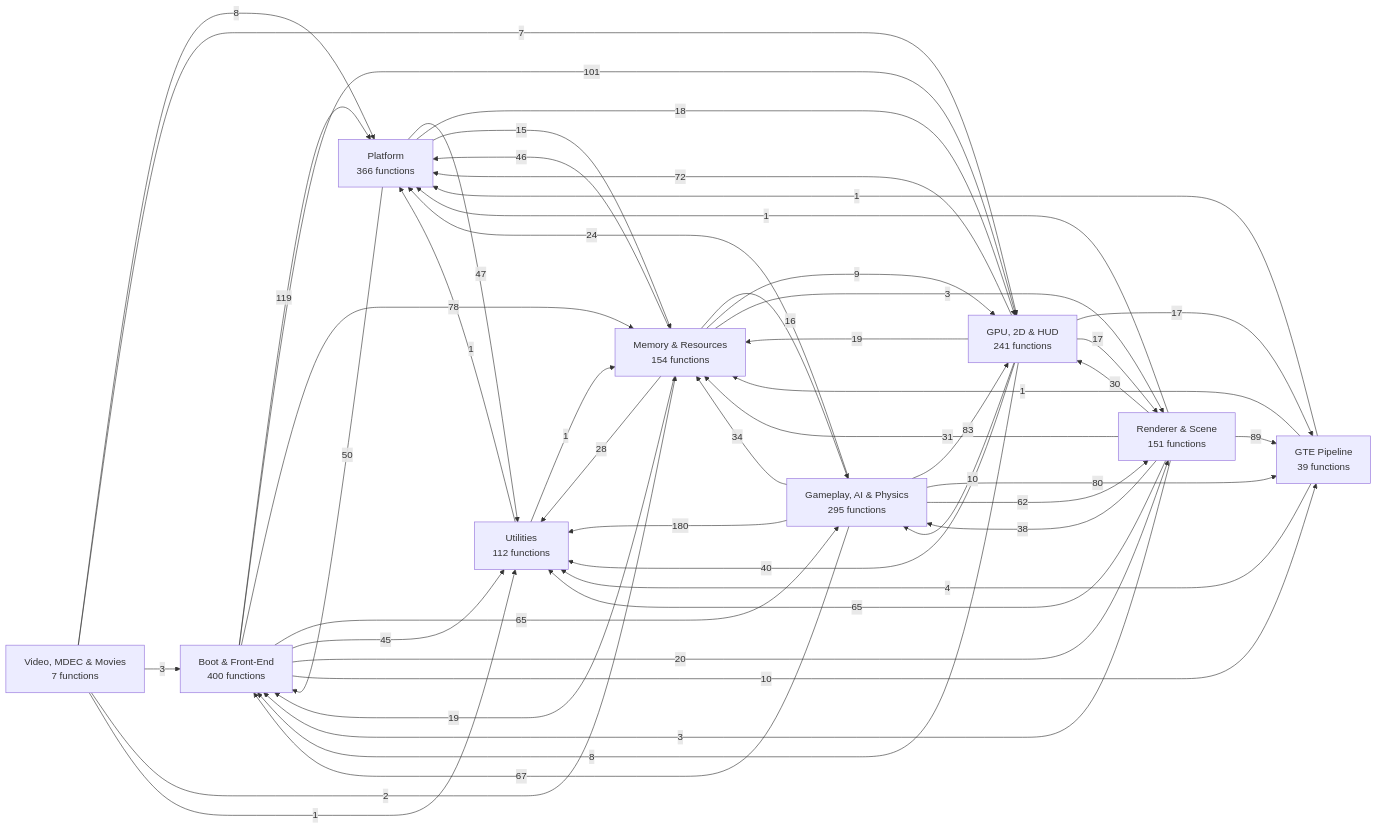
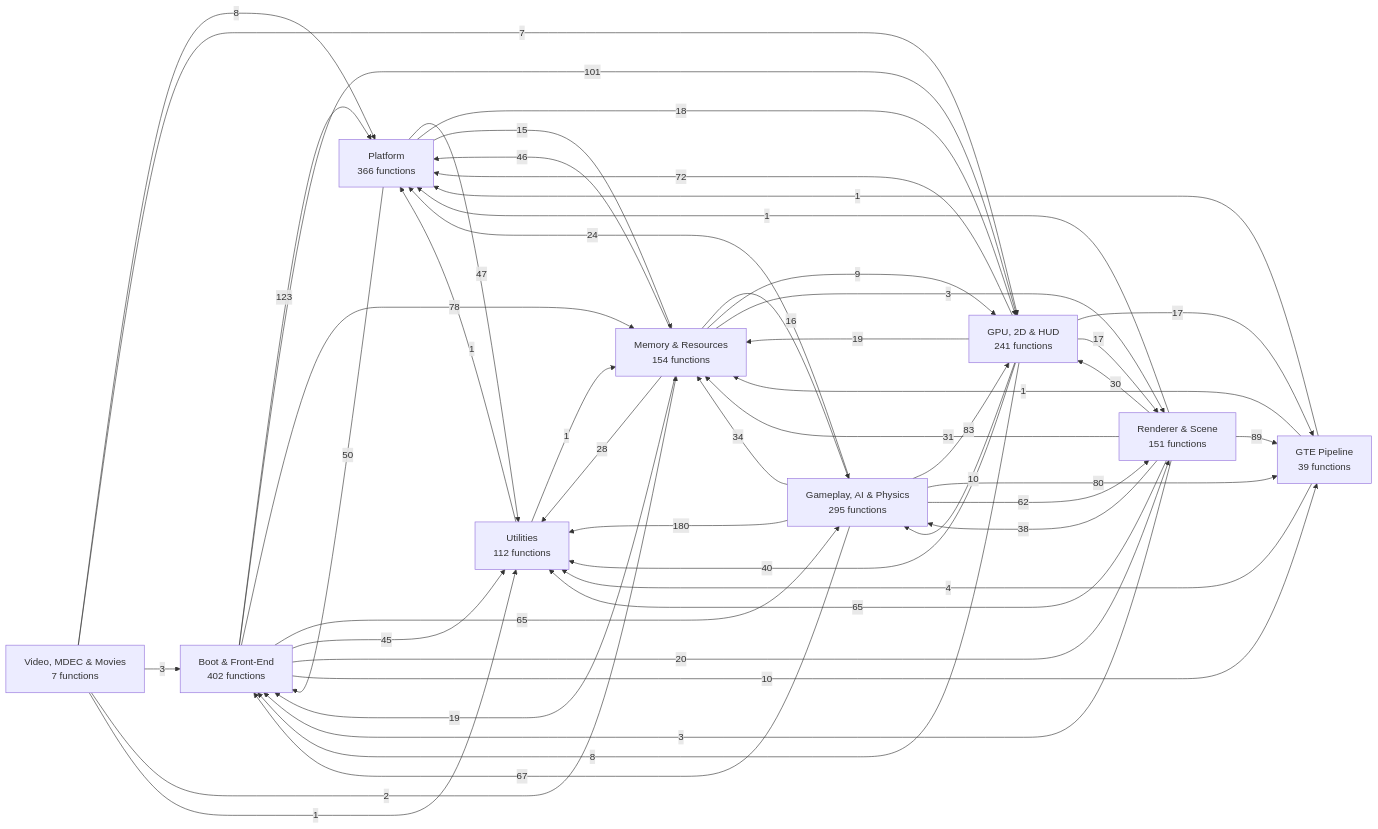
Before and after one commit to kai-luni/Future-Cop-L.A.P.D-PS1: the first of 11 diagrams in docs/FUNCTION_MAP.md, drawn with Mermaid. The commit also changed other lines of this file and 70 other files, not shown here.

````diff
--- a/docs/FUNCTION_MAP.md
+++ b/docs/FUNCTION_MAP.md
@@ -13,60 +13,60 @@
 ```mermaid
 graph LR
-    g0["Boot & Front-End<br/>400 functions"]
+    g0["Boot & Front-End<br/>402 functions"]
     g1["Memory & Resources<br/>154 functions"]
     g2["Video, MDEC & Movies<br/>7 functions"]
     g3["GTE Pipeline<br/>39 functions"]
     g4["Renderer & Scene<br/>151 functions"]
     g5["GPU, 2D & HUD<br/>241 functions"]
     g6["Gameplay, AI & Physics<br/>295 functions"]
     g7["Platform<br/>366 functions"]
     g8["Utilities<br/>112 functions"]
     g6 -->|180| g8
-    g0 -->|119| g7
+    g0 -->|123| g7
     g0 -->|101| g5
     g4 -->|89| g3
     g6 -->|83| g5
     g6 -->|80| g3
     g0 -->|78| g1
     g5 -->|72| g7
     g6 -->|67| g0
     g0 -->|65| g6
     g4 -->|65| g8
     g6 -->|62| g4
     g7 -->|50| g0
     g7 -->|47| g8
     g1 -->|46| g7
     g0 -->|45| g8
     g5 -->|40| g8
     g4 -->|38| g6
     g6 -->|34| g1
     g4 -->|31| g1
     g4 -->|30| g5
     g1 -->|28| g8
     g6 -->|24| g7
     g0 -->|20| g4
     g5 -->|19| g1
     g1 -->|19| g0
     g7 -->|18| g5
     g5 -->|17| g3
     g5 -->|17| g4
     g1 -->|16| g6
     g7 -->|15| g1
     g0 -->|10| g3
     g5 -->|10| g6
     g1 -->|9| g5
     g5 -->|8| g0
     g2 -->|8| g7
     g2 -->|7| g5
     g3 -->|4| g8
     g1 -->|3| g4
     g4 -->|3| g0
     g2 -->|3| g0
     g2 -->|2| g1
     g3 -->|1| g1
     g3 -->|1| g7
     g4 -->|1| g7
     g8 -->|1| g1
     g8 -->|1| g7
     g2 -->|1| g8
 ```
````
